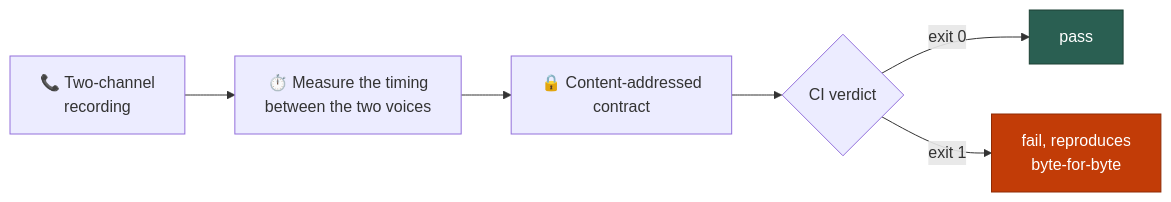
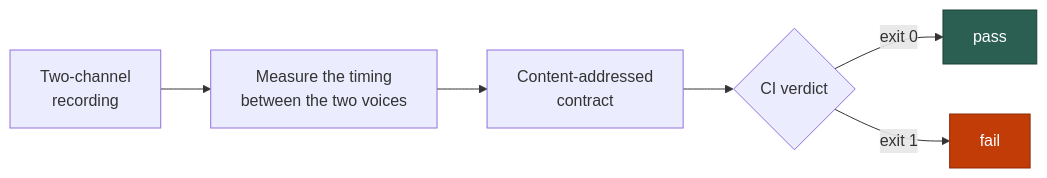
One commit to attenlabs/hotato changed the diagram in README.md. Above: the diagram before and after it, drawn with Mermaid. The commit also changed 2 other files, not shown here.

Commit message:
README: simplify How-it-works flowchart (drop node emojis, shorten fail box to fix overlap); re-sync derived docs
Claude-Session: https://claude.ai/code/session_01GA2QpWaNf3KQdPgA76ZARy

````diff
--- a/README.md
+++ b/README.md
@@ -133,12 +133,12 @@
 ```mermaid
 flowchart LR
-  A["📞 Two-channel<br/>recording"] --> B["⏱️ Measure the timing<br/>between the two voices"]
-  B --> C["🔒 Content-addressed<br/>contract"]
+  A["Two-channel<br/>recording"] --> B["Measure the timing<br/>between the two voices"]
+  B --> C["Content-addressed<br/>contract"]
   C --> D{"CI verdict"}
   D -->|exit 0| E["pass"]
-  D -->|exit 1| F["fail, reproduces<br/>byte-for-byte"]
+  D -->|exit 1| F["fail"]
   classDef ember fill:#c23c07,stroke:#8f2b04,color:#ffffff;
   classDef teal fill:#2a5f52,stroke:#1c4034,color:#ffffff;
   class F ember;
   class E teal;
 ```
````
